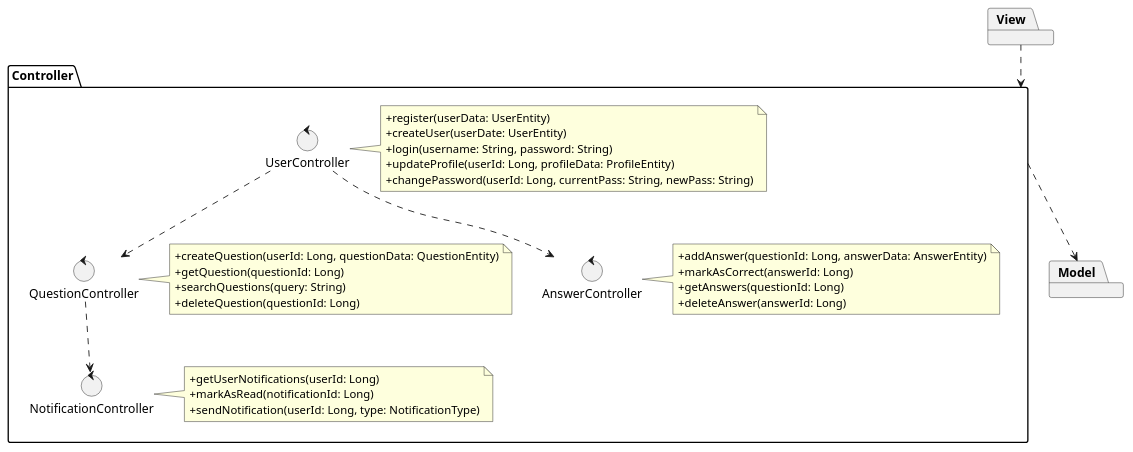
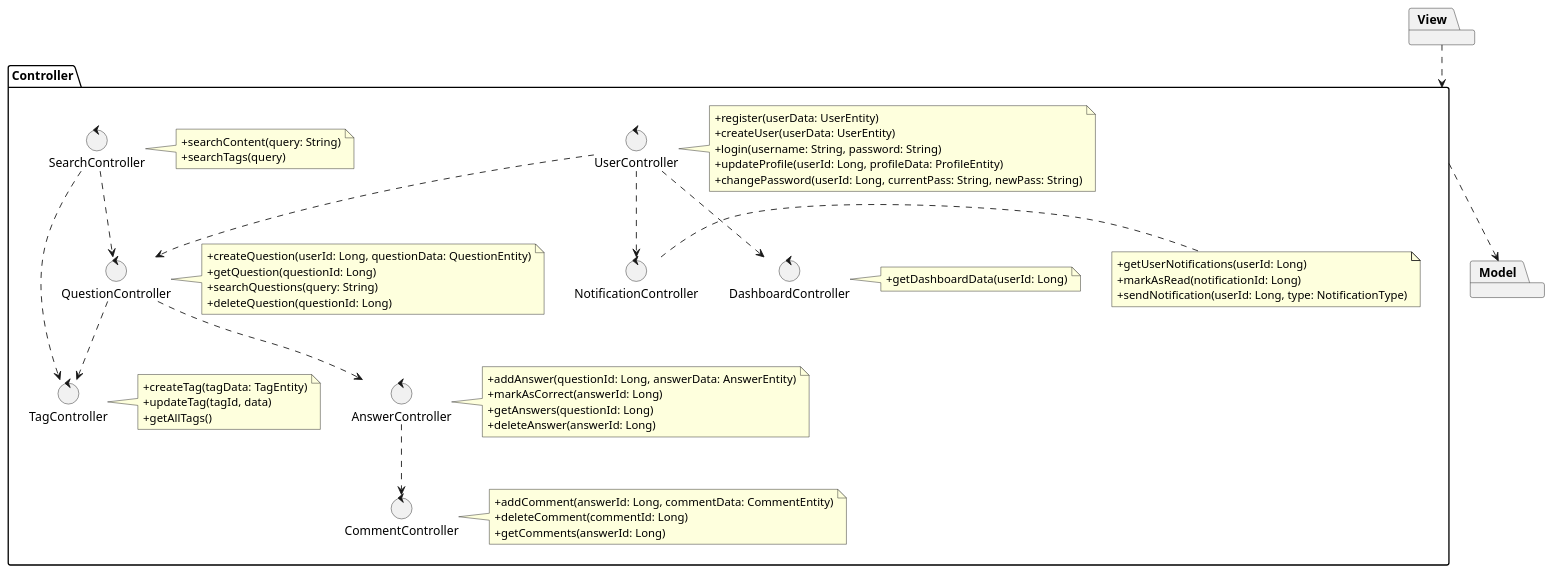
The diagram in src/main/resources/templates/logic/packageController.puml (rafaelacirino/miw-backend-foro), drawn with PlantUML before and after one commit. The commit also changed 2 other files, not shown here.

Commit message:
update packages diagrams

```diff
--- a/src/main/resources/templates/logic/packageController.puml
+++ b/src/main/resources/templates/logic/packageController.puml
@@ -1,51 +1,82 @@
 @startuml
 
 package Model {
 }
 
 package View {
 }
 
 View ..> Controller
 Controller ..> Model
 
 package Controller {
     control UserController
     note right of UserController
         +register(userData: UserEntity)
-        +createUser(userDate: UserEntity)
+        +createUser(userData: UserEntity)
         +login(username: String, password: String)
         +updateProfile(userId: Long, profileData: ProfileEntity)
         +changePassword(userId: Long, currentPass: String, newPass: String)
     end note
 
     control QuestionController
     note right of QuestionController
         +createQuestion(userId: Long, questionData: QuestionEntity)
         +getQuestion(questionId: Long)
         +searchQuestions(query: String)
         +deleteQuestion(questionId: Long)
     end note
 
     control AnswerController
     note right of AnswerController
         +addAnswer(questionId: Long, answerData: AnswerEntity)
         +markAsCorrect(answerId: Long)
         +getAnswers(questionId: Long)
         +deleteAnswer(answerId: Long)
     end note
 
+    control CommentController
+    note right of CommentController
+        +addComment(answerId: Long, commentData: CommentEntity)
+        +deleteComment(commentId: Long)
+        +getComments(answerId: Long)
+    end note
+
     control NotificationController
     note right of NotificationController
         +getUserNotifications(userId: Long)
         +markAsRead(notificationId: Long)
         +sendNotification(userId: Long, type: NotificationType)
     end note
 
+    control TagController
+    note right of TagController
+        +createTag(tagData: TagEntity)
+        +updateTag(tagId, data)
+        +getAllTags()
+    end note
+
+    control DashboardController
+    note right of DashboardController
+        +getDashboardData(userId: Long)
+    end note
+
+    control SearchController
+    note right of SearchController
+        +searchContent(query: String)
+        +searchTags(query)
+    end note
+
+
     UserController ..> QuestionController
-    UserController ..> AnswerController
-    QuestionController ..> NotificationController
+    QuestionController ..> AnswerController
+    AnswerController ..> CommentController
+    UserController ..> NotificationController
+    QuestionController ..> TagController
+    UserController ..> DashboardController
+    SearchController ..> QuestionController
+    SearchController ..> TagController
 }
 
 
 @enduml
```
